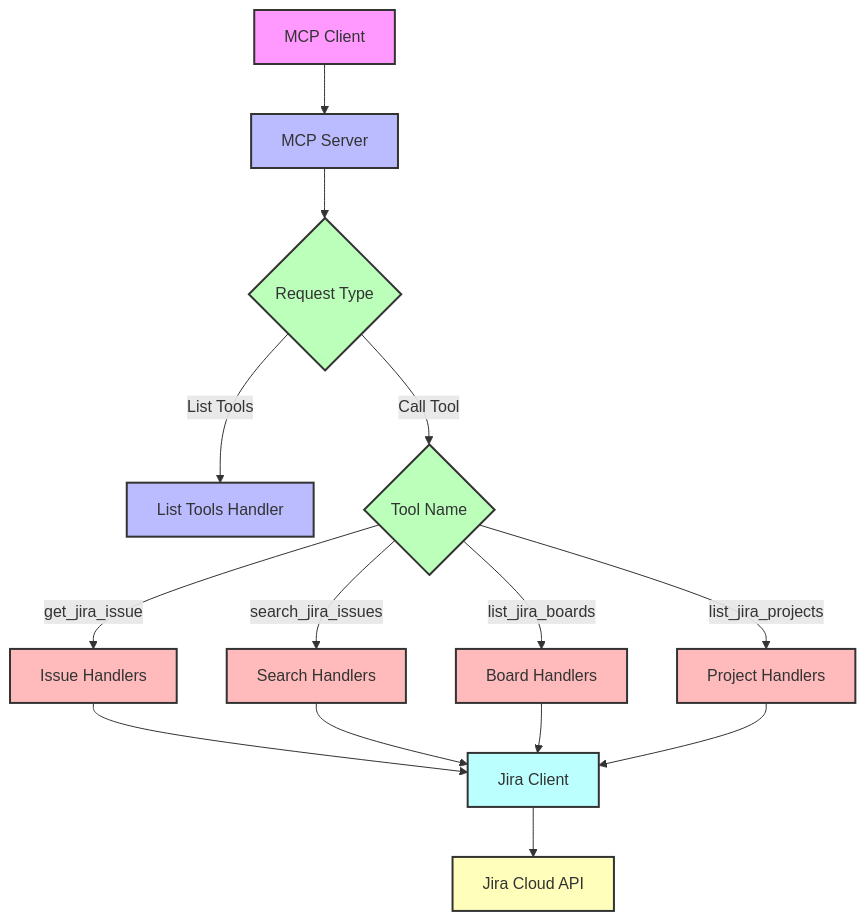
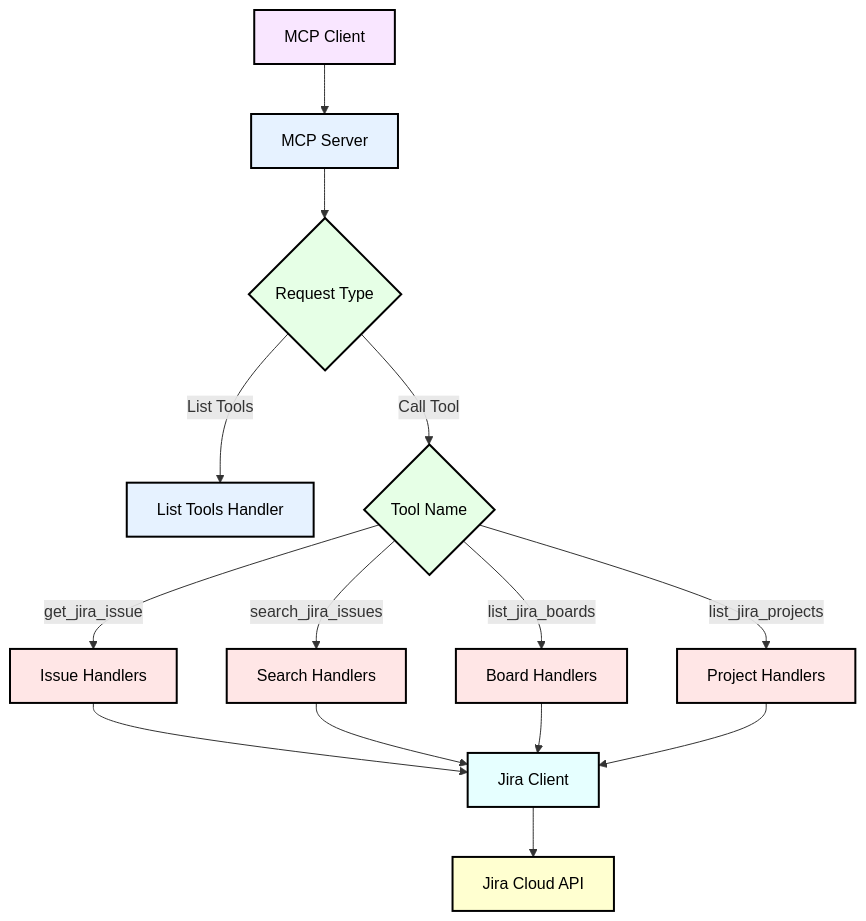
Before and after one commit to aaronsb/jira-cloud: the third of 6 diagrams in docs/component-relationships.md, drawn with Mermaid. The commit also changed other lines of this file, not shown here.

````diff
--- a/docs/component-relationships.md
+++ b/docs/component-relationships.md
@@ -129,35 +129,35 @@
 ```mermaid
 flowchart TD
     A[MCP Client] --> B[MCP Server]
     B --> C{Request Type}
     C -- List Tools --> D[List Tools Handler]
     C -- Call Tool --> E{Tool Name}
     E -- get_jira_issue --> F[Issue Handlers]
     E -- search_jira_issues --> G[Search Handlers]
     E -- list_jira_boards --> H[Board Handlers]
     E -- list_jira_projects --> I[Project Handlers]
     F --> J[Jira Client]
     G --> J
     H --> J
     I --> J
     J --> K[Jira Cloud API]
     
-    classDef client fill:#f9f,stroke:#333,stroke-width:2px
-    classDef server fill:#bbf,stroke:#333,stroke-width:2px
-    classDef router fill:#bfb,stroke:#333,stroke-width:2px
-    classDef handler fill:#fbb,stroke:#333,stroke-width:2px
-    classDef jiraClient fill:#bff,stroke:#333,stroke-width:2px
-    classDef jiraAPI fill:#ffb,stroke:#333,stroke-width:2px
+    classDef client fill:#f9e6ff,stroke:#000,stroke-width:2px,color:#000
+    classDef server fill:#e6f2ff,stroke:#000,stroke-width:2px,color:#000
+    classDef router fill:#e6ffe6,stroke:#000,stroke-width:2px,color:#000
+    classDef handler fill:#ffe6e6,stroke:#000,stroke-width:2px,color:#000
+    classDef jiraClient fill:#e6ffff,stroke:#000,stroke-width:2px,color:#000
+    classDef jiraAPI fill:#ffffd0,stroke:#000,stroke-width:2px,color:#000
     
     A:::client
     B:::server
     C:::router
     D:::server
     E:::router
     F:::handler
     G:::handler
     H:::handler
     I:::handler
     J:::jiraClient
     K:::jiraAPI
 ```
````
